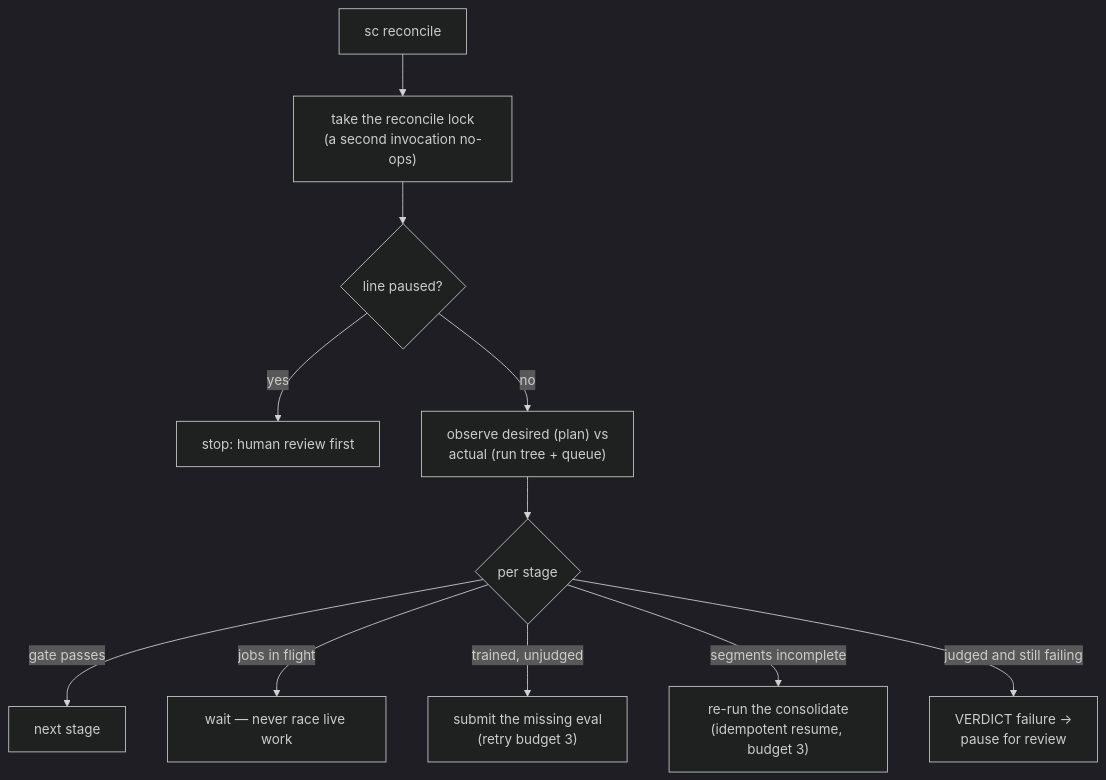
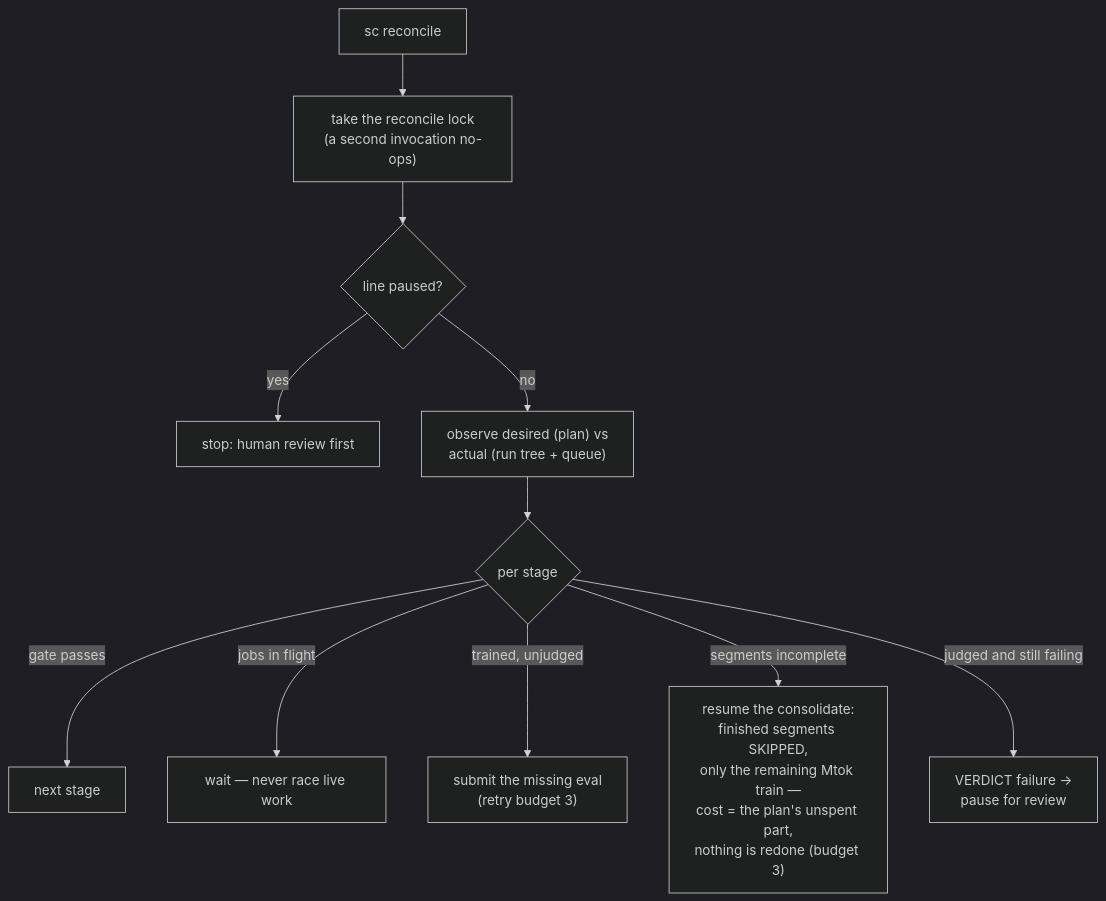
One commit to storax-io/storax-ai-train-rocm changed the seventh of 24 diagrams in docs/cli.md. Above: the diagram before and after it, drawn with Mermaid (dark theme). The commit also changed other lines of this file, not shown here.

Commit message:
cli.md: reconcile/consolidate charts answer the cost question at a glance (Henri: someone else will ask this too) — reconcile is free and never redoes work; a re-run spends only the plan's unfinished remainder; plateau cutoff can shrink it further

````diff
--- a/docs/cli.md
+++ b/docs/cli.md
@@ -103,12 +113,12 @@
 ```mermaid
 flowchart TB
     R[sc reconcile] --> LK["take the reconcile lock<br/>(a second invocation no-ops)"]
     LK --> PZ2{"line paused?"} -- yes --> HH["stop: human review first"]
     PZ2 -- no --> OBS["observe desired (plan) vs<br/>actual (run tree + queue)"]
     OBS --> D{per stage}
     D -- "gate passes" --> NXT[next stage]
     D -- "jobs in flight" --> WAIT["wait — never race live work"]
     D -- "trained, unjudged" --> SE["submit the missing eval<br/>(retry budget 3)"]
-    D -- "segments incomplete" --> SC2["re-run the consolidate<br/>(idempotent resume, budget 3)"]
+    D -- "segments incomplete" --> SC2["resume the consolidate:<br/>finished segments SKIPPED,<br/>only the remaining Mtok train —<br/>cost = the plan's unspent part,<br/>nothing is redone (budget 3)"]
     D -- "judged and still failing" --> PV["VERDICT failure -><br/>pause for review"]
 ```
````
